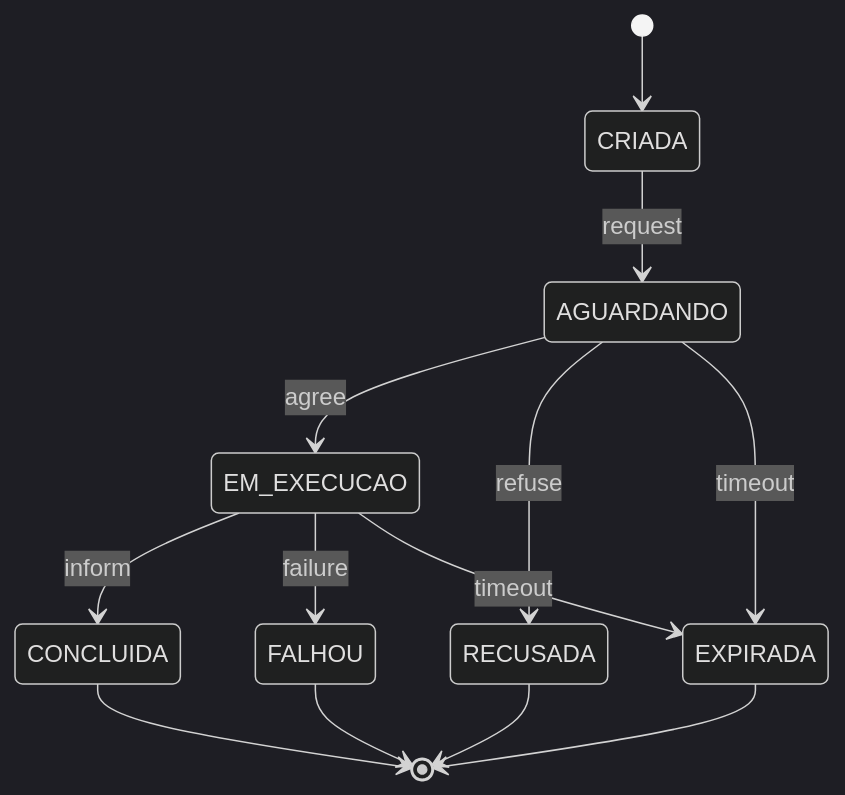
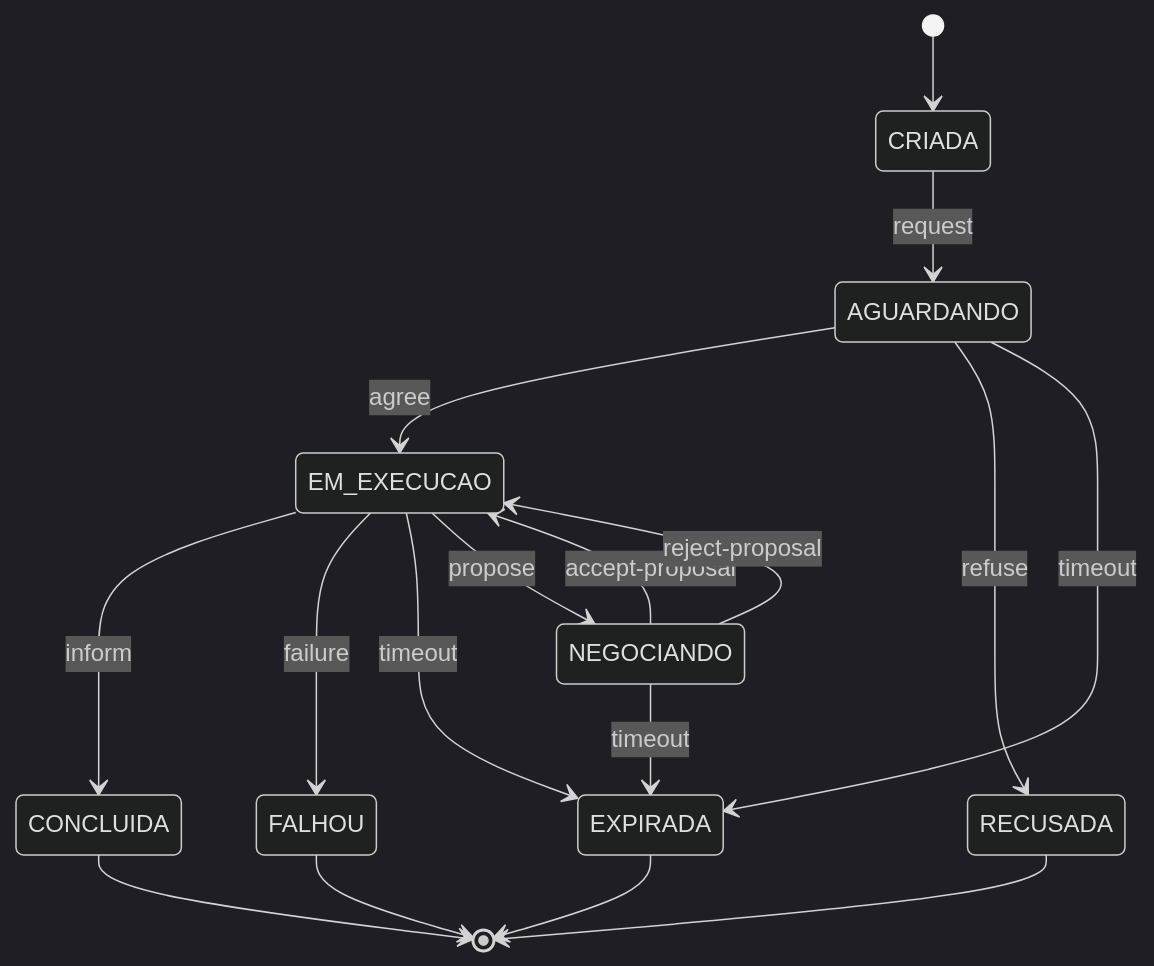
The diagram in entregas/dsm1/modelos-editaveis/protocols_fsm_PROT-DEL.mmd (danrley-ribeiro/fin-dept-multiagents-project), drawn with Mermaid (dark theme) before and after one commit. The commit also changed 69 other files, not shown here.

```diff
--- a/entregas/dsm1/modelos-editaveis/protocols_fsm_PROT-DEL.mmd
+++ b/entregas/dsm1/modelos-editaveis/protocols_fsm_PROT-DEL.mmd
@@ -1,13 +1,17 @@
 stateDiagram-v2
     [*] --> CRIADA
     CRIADA --> AGUARDANDO: request
     AGUARDANDO --> EM_EXECUCAO: agree
     AGUARDANDO --> RECUSADA: refuse
     AGUARDANDO --> EXPIRADA: timeout
     EM_EXECUCAO --> CONCLUIDA: inform
     EM_EXECUCAO --> FALHOU: failure
     EM_EXECUCAO --> EXPIRADA: timeout
+    EM_EXECUCAO --> NEGOCIANDO: propose
+    NEGOCIANDO --> EM_EXECUCAO: accept-proposal
+    NEGOCIANDO --> EM_EXECUCAO: reject-proposal
+    NEGOCIANDO --> EXPIRADA: timeout
     CONCLUIDA --> [*]
     FALHOU --> [*]
     RECUSADA --> [*]
     EXPIRADA --> [*]
```
